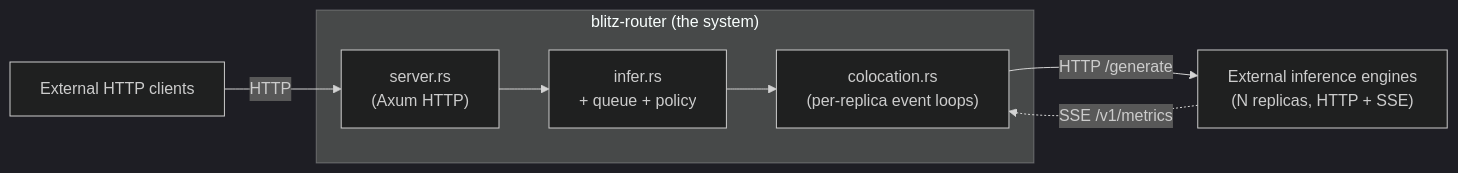
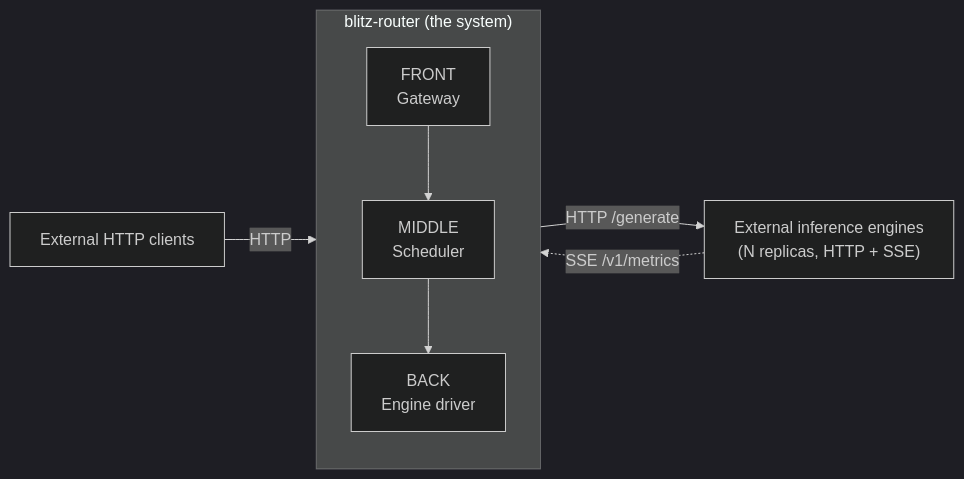
Before and after one commit to blitz-serving/blitz-router: the first of 9 diagrams in docs/architecture.md, drawn with Mermaid (dark theme). The commit also changed other lines of this file, not shown here.

Commit message:
docs(architecture): align §1 boundary diagram with three-layer model
Caught by user review: §1's mermaid diagram still showed flat file
names (server.rs / infer.rs / colocation.rs) inside the system box,
making it inconsistent with §2's three-layer architecture introduced
in the same revision. The earlier pass updated §§2-9 but left §1
unchanged from the pre-refactor draft.

Replaces the three file nodes with three layer nodes
(FRONT Gateway → MIDDLE Scheduler → BACK Engine driver) and adjusts
the prose underneath to use layer terminology ("a client request
enters at the gateway", "the engine driver consumes all engines'
streams") rather than file paths. Also clarifies that the engine
driver forwards a unified `EngineStepOutput` to the scheduler — that
type is the actual cross-layer contract on the SSE return path.

````diff
--- a/docs/architecture.md
+++ b/docs/architecture.md
@@ -27,15 +27,16 @@
 ```mermaid
 graph LR
     Cli["External HTTP clients"]
     subgraph Router_System["blitz-router (the system)"]
-        Server["server.rs<br/>(Axum HTTP)"]
-        Infer["infer.rs<br/>+ queue + policy"]
-        Coloc["colocation.rs<br/>(per-replica event loops)"]
-        Server --> Infer --> Coloc
+        direction TB
+        Front["FRONT<br/>Gateway"]
+        Middle["MIDDLE<br/>Scheduler"]
+        Back["BACK<br/>Engine driver"]
+        Front --> Middle --> Back
     end
     Eng["External inference engines<br/>(N replicas, HTTP + SSE)"]
 
-    Cli -- HTTP --> Server
-    Coloc -- HTTP /generate --> Eng
-    Eng -. SSE /v1/metrics .-> Coloc
+    Cli -- HTTP --> Front
+    Back -- HTTP /generate --> Eng
+    Eng -. SSE /v1/metrics .-> Back
 ```
````
